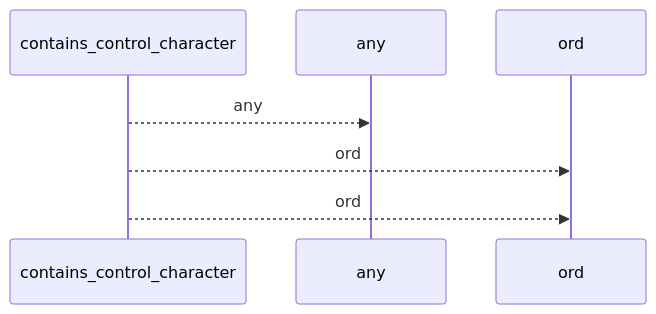
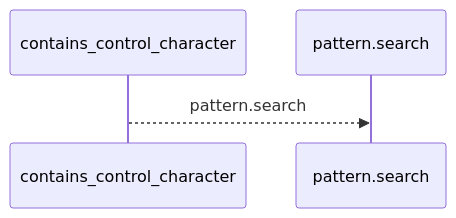
Before and after one commit to Denissvgn/python-wiki-llm: the first of 2 diagrams in docs/llm_wiki/flows/api-contains_control_character.md, drawn with Mermaid. The commit also changed other lines of this file and 865 other files, not shown here.

````diff
--- a/docs/llm_wiki/flows/api-contains_control_character.md
+++ b/docs/llm_wiki/flows/api-contains_control_character.md
@@ -10,9 +10,6 @@
 ```mermaid
 sequenceDiagram
     participant p0 as contains_control_character
-    participant p1 as any
-    participant p2 as ord
-    p0-->>p1: any
-    p0-->>p2: ord
-    p0-->>p2: ord
+    participant p1 as pattern.search
+    p0-->>p1: pattern.search
 ```
````
